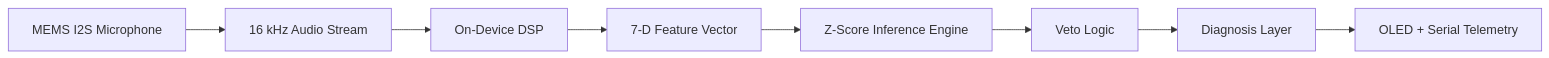
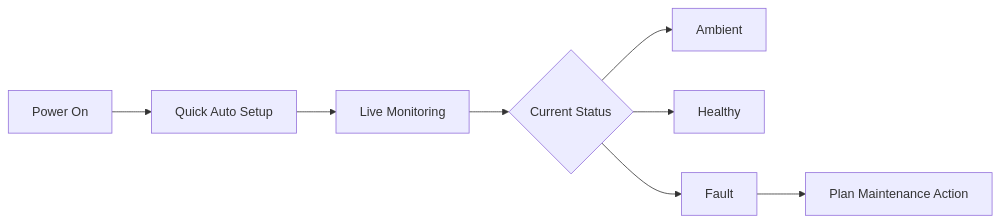
One commit to mdishauq/AI-Bot-HIKMA changed the second of 2 diagrams in README.md. Above: the diagram before and after it, drawn with Mermaid. The commit also changed other lines of this file, not shown here.

````diff
--- a/README.md
+++ b/README.md
@@ -17,10 +132,10 @@
 ```mermaid
 flowchart LR
-    A[MEMS I2S Microphone] --> B[16 kHz Audio Stream]
-    B --> C[On-Device DSP]
-    C --> D[7-D Feature Vector]
-    D --> E[Z-Score Inference Engine]
-    E --> F[Veto Logic]
-    F --> G[Diagnosis Layer]
-    G --> H[OLED + Serial Telemetry]
+        A[Power On] --> B[Quick Auto Setup]
+        B --> C[Live Monitoring]
+        C --> D{Current Status}
+        D --> E[Ambient]
+        D --> F[Healthy]
+        D --> G[Fault]
+        G --> H[Plan Maintenance Action]
 ```
````
